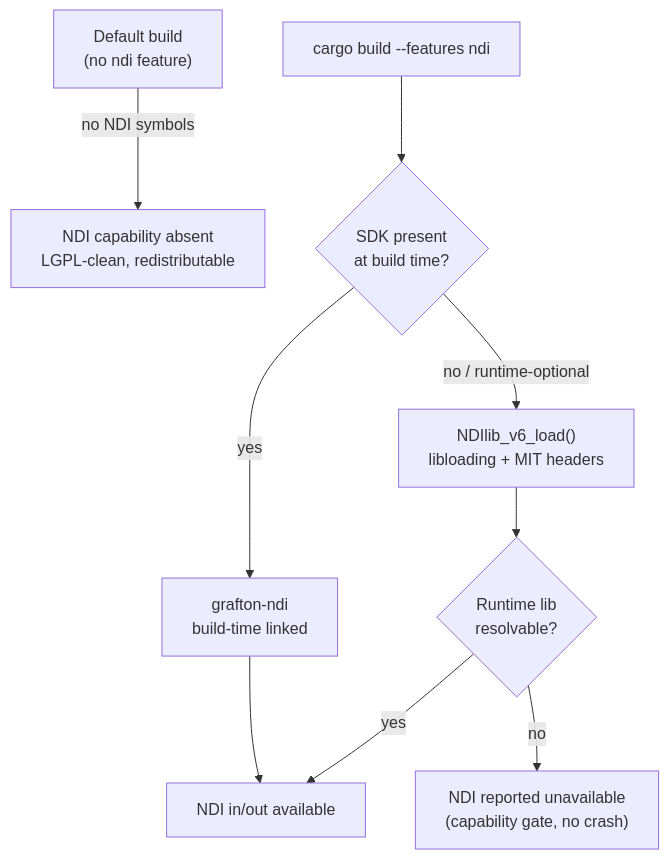
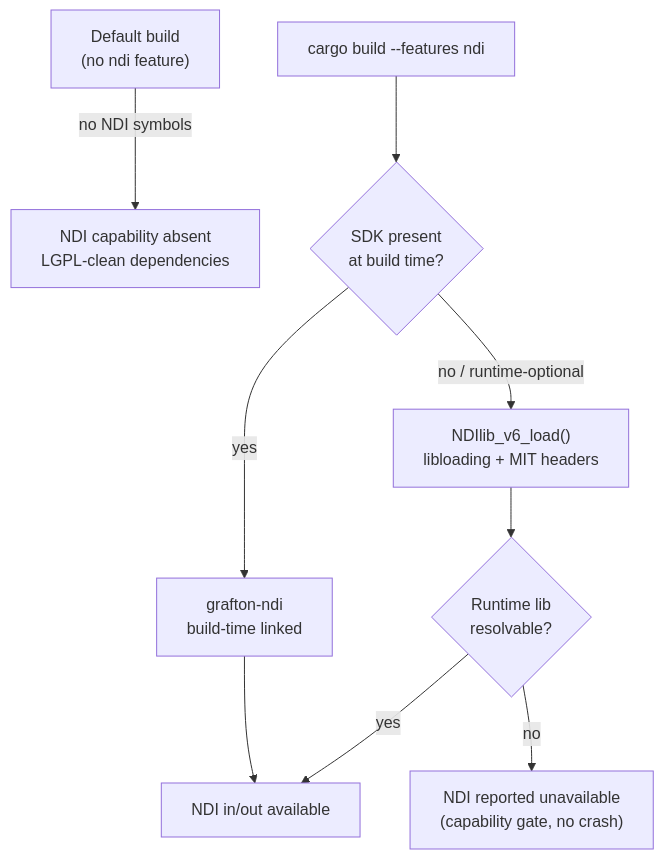
One commit to conspect-studio/conspect changed the first of 2 diagrams in docs/io/ndi.md. Above: the diagram before and after it, drawn with Mermaid. The commit also changed other lines of this file and 110 other files, not shown here.

````diff
--- a/docs/io/ndi.md
+++ b/docs/io/ndi.md
@@ -64,11 +64,11 @@
 ```mermaid
 flowchart TB
-    DEF["Default build\n(no ndi feature)"] -->|no NDI symbols| NONE["NDI capability absent\nLGPL-clean, redistributable"]
+    DEF["Default build\n(no ndi feature)"] -->|no NDI symbols| NONE["NDI capability absent\nLGPL-clean dependencies"]
     FEAT["cargo build --features ndi"] --> CHOICE{"SDK present\nat build time?"}
     CHOICE -->|yes| LINK["grafton-ndi\nbuild-time linked"]
     CHOICE -->|no / runtime-optional| DLOPEN["NDIlib_v6_load()\nlibloading + MIT headers"]
     DLOPEN --> RT{"Runtime lib\nresolvable?"}
     RT -->|yes| READY["NDI in/out available"]
     RT -->|no| GONE["NDI reported unavailable\n(capability gate, no crash)"]
     LINK --> READY
 ```
````
